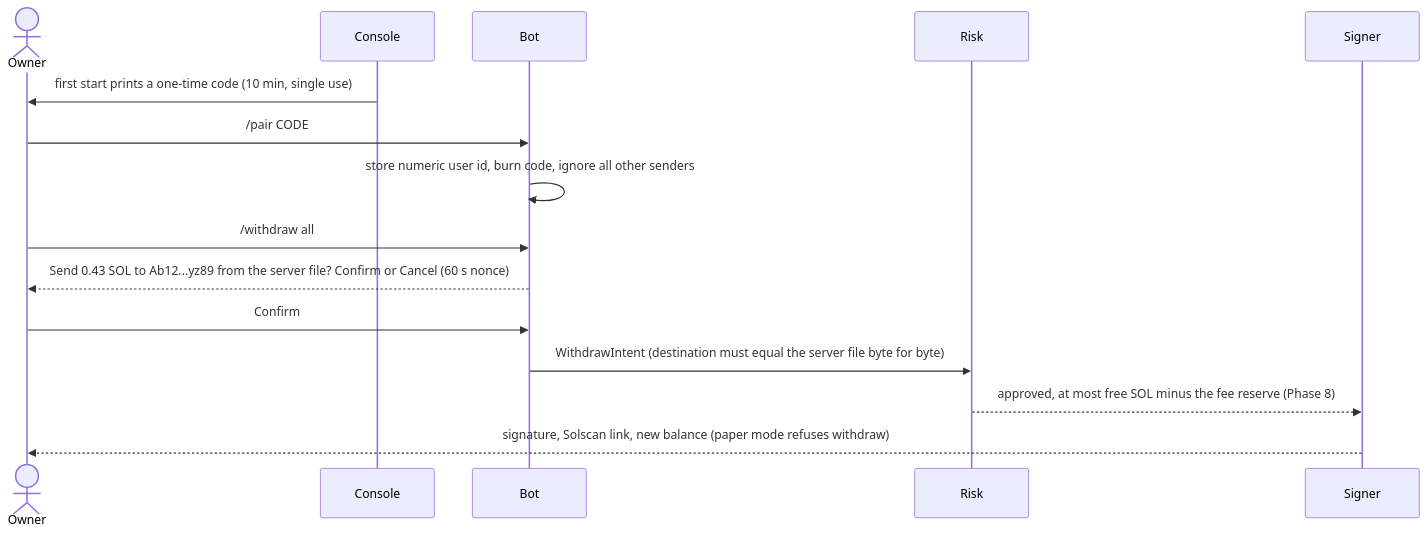
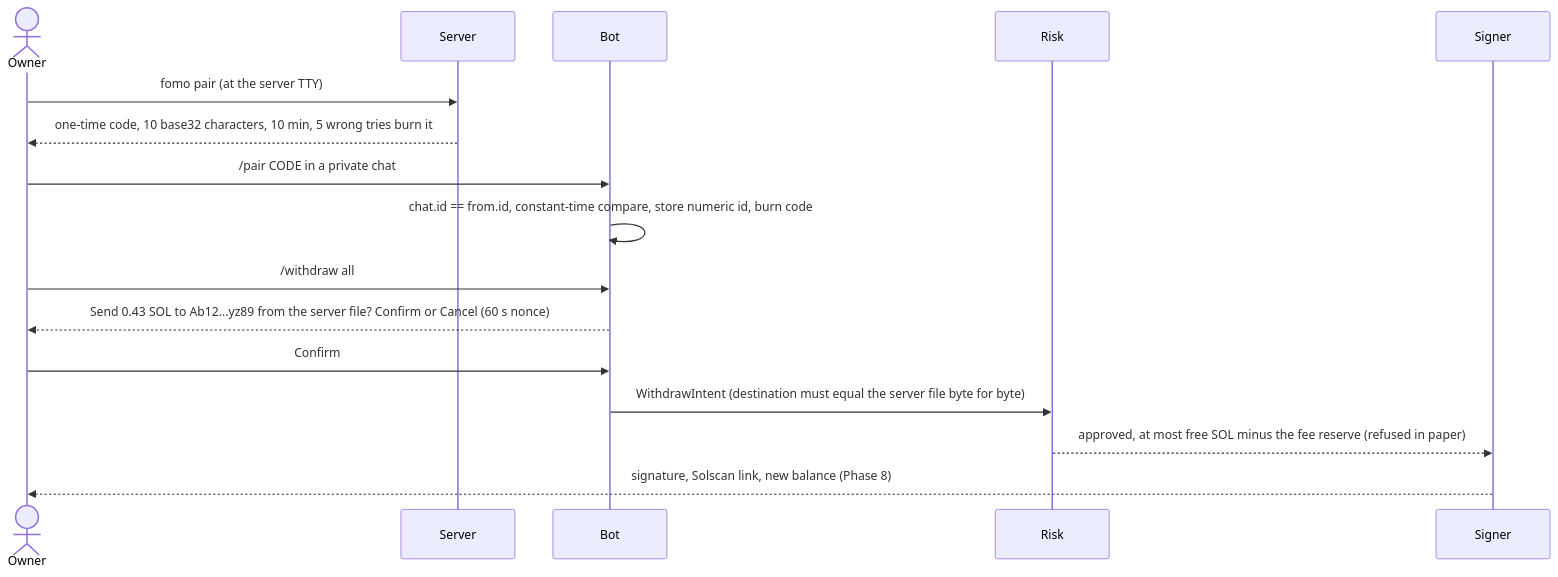
One commit to pishtarhsamuel/samsulek changed the fourth of 6 diagrams in fomo-bot/docs/ARCHITECTURE.md. Above: the diagram before and after it, drawn with Mermaid. The commit also changed other lines of this file and 3 other files, not shown here.

First line of the commit message:
fomo-bot Phase 1 (in progress): apply the design review fixes

````diff
--- a/fomo-bot/docs/ARCHITECTURE.md
+++ b/fomo-bot/docs/ARCHITECTURE.md
@@ -212,13 +246,14 @@
 ```mermaid
 sequenceDiagram
   actor Owner
-  Console->>Owner: first start prints a one-time code (10 min, single use)
-  Owner->>Bot: /pair CODE
-  Bot->>Bot: store numeric user id, burn code, ignore all other senders
+  Owner->>Server: fomo pair (at the server TTY)
+  Server-->>Owner: one-time code, 10 base32 characters, 10 min, 5 wrong tries burn it
+  Owner->>Bot: /pair CODE in a private chat
+  Bot->>Bot: chat.id == from.id, constant-time compare, store numeric id, burn code
   Owner->>Bot: /withdraw all
   Bot-->>Owner: Send 0.43 SOL to Ab12...yz89 from the server file? Confirm or Cancel (60 s nonce)
   Owner->>Bot: Confirm
   Bot->>Risk: WithdrawIntent (destination must equal the server file byte for byte)
-  Risk-->>Signer: approved, at most free SOL minus the fee reserve (Phase 8)
-  Signer-->>Owner: signature, Solscan link, new balance (paper mode refuses withdraw)
+  Risk-->>Signer: approved, at most free SOL minus the fee reserve (refused in paper)
+  Signer-->>Owner: signature, Solscan link, new balance (Phase 8)
 ```
````
